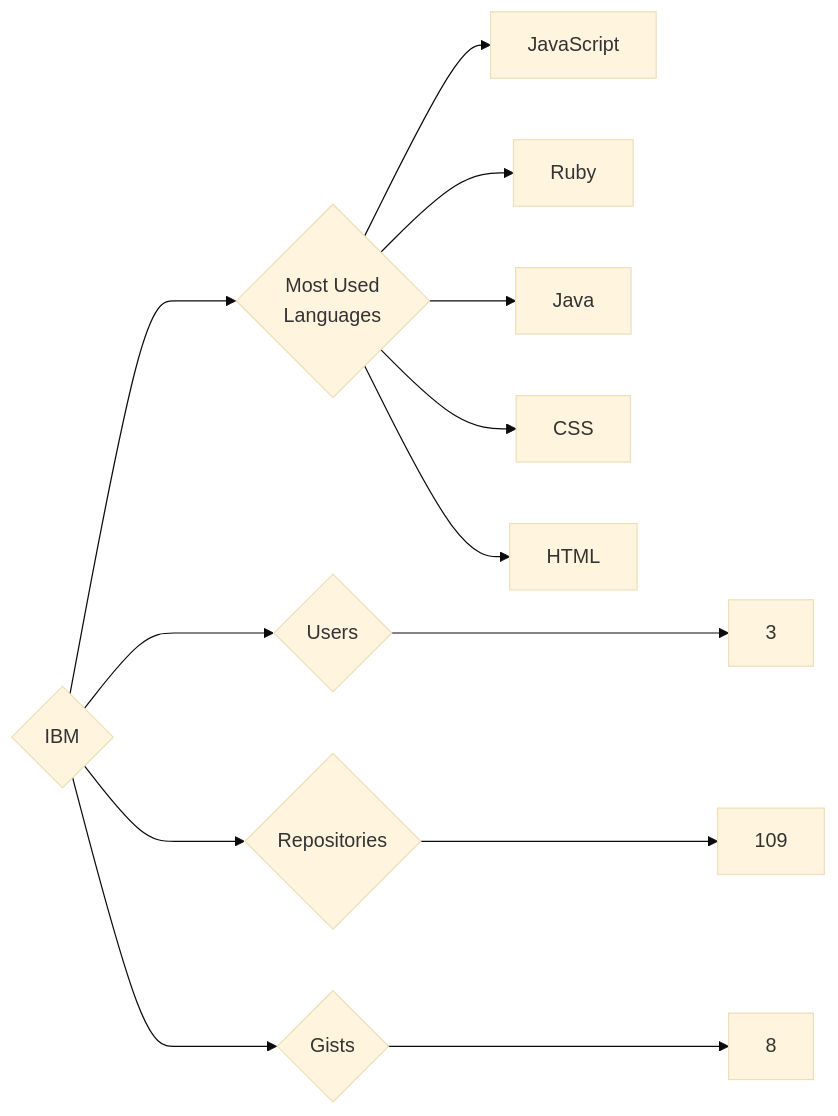
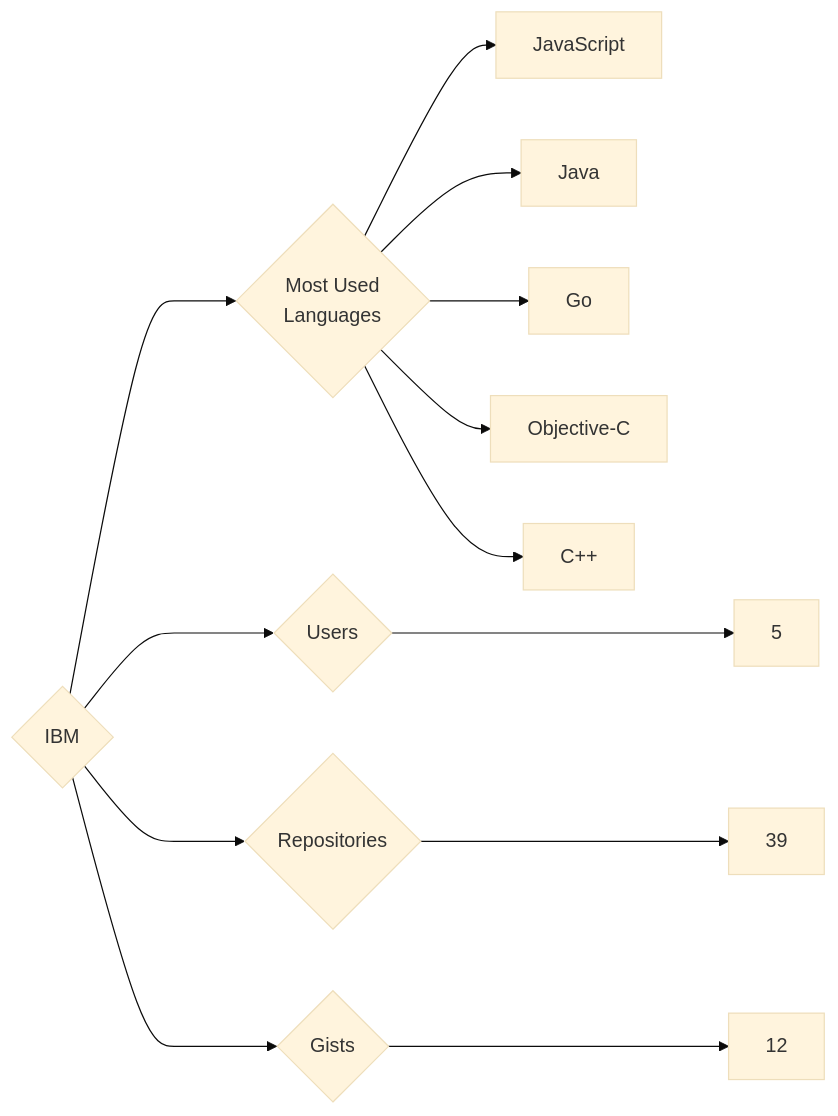
Before and after one commit to trickest/insiders: the diagram in targets/IBM/README.md, drawn with Mermaid (base theme). The commit also changed 988 other files, not shown here.

````diff
--- a/targets/IBM/README.md
+++ b/targets/IBM/README.md
@@ -3,13 +3,13 @@
 ```mermaid
 graph LR
 COMPANY_NAME{IBM}
-COMPANY_NAME ---> U{Users} ---> UN[3]
-COMPANY_NAME ---> R{Repositories} ---> RN[109]
-COMPANY_NAME ---> G{Gists} ---> GN[8]
+COMPANY_NAME ---> U{Users} ---> UN[5]
+COMPANY_NAME ---> R{Repositories} ---> RN[39]
+COMPANY_NAME ---> G{Gists} ---> GN[12]
 COMPANY_NAME ---> ML{Most Used<br>Languages}
 ML --> JavaScript[JavaScript]
-ML --> Ruby[Ruby]
 ML --> Java[Java]
-ML --> CSS[CSS]
-ML --> HTML[HTML]
+ML --> Go[Go]
+ML --> Objective-C[Objective-C]
+ML --> C++[C++]
 ```
````
